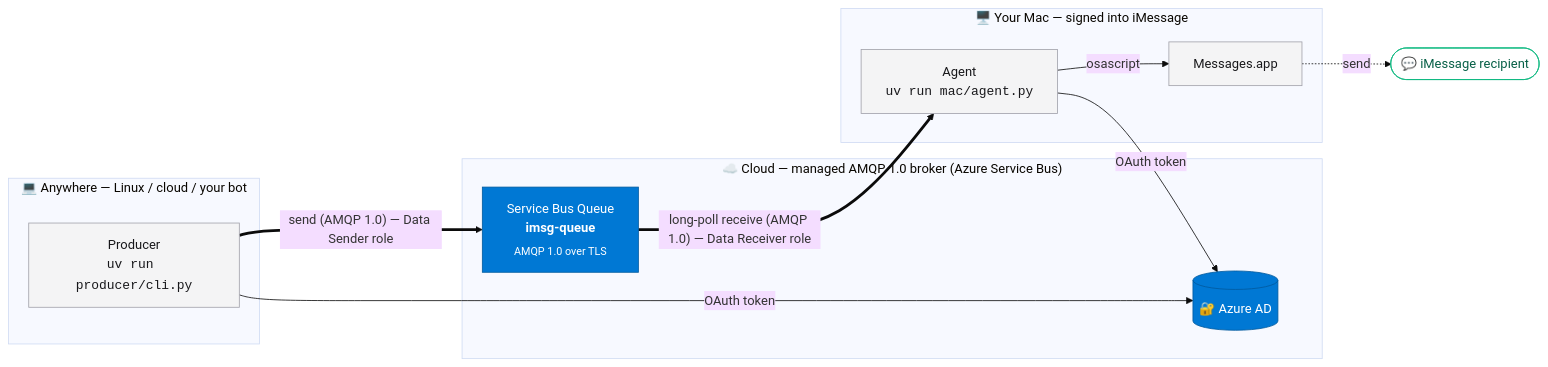
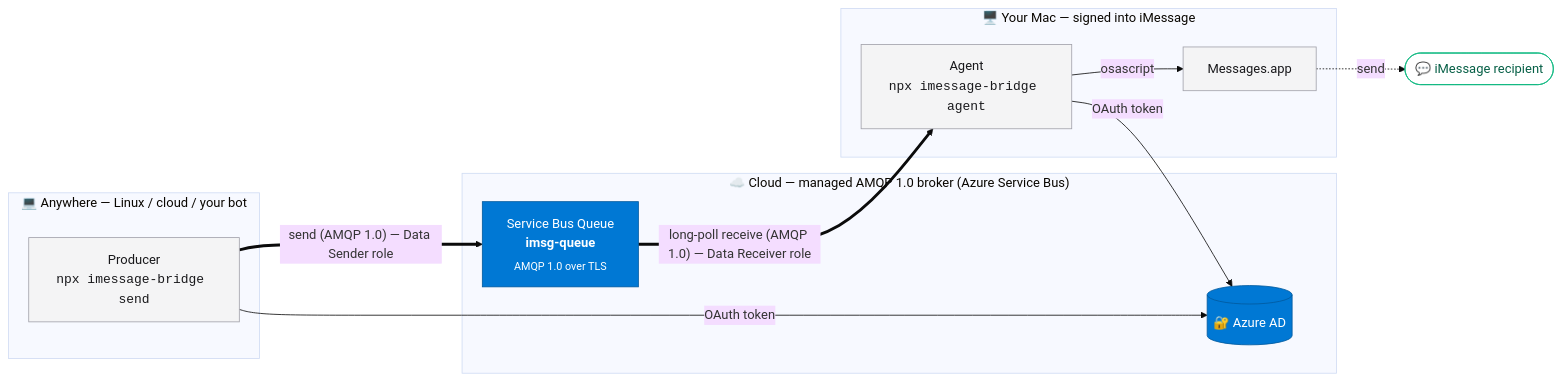
Before and after one commit to paulyuk/imessage-bridge: the first of 2 diagrams in README.md, drawn with Mermaid (base theme). The commit also changed other lines of this file and 15 other files, not shown here.

First line of the commit message:
docs(devrel): lead with npx imessage-bridge@alpha + ship Node port

````diff
--- a/README.md
+++ b/README.md
@@ -210,32 +201,32 @@
 ```mermaid
 flowchart LR
     subgraph anywhere["💻 Anywhere — Linux / cloud / your bot"]
-        P["Producer<br/><code>uv run producer/cli.py</code>"]
+        P["Producer<br/><code>npx imessage-bridge send</code>"]
     end
 
     subgraph azure["☁️ Cloud — managed AMQP 1.0 broker (Azure Service Bus)"]
         AAD[("🔐 Azure AD")]
         SB["Service Bus Queue<br/><b>imsg-queue</b><br/><sub>AMQP 1.0 over TLS</sub>"]
     end
 
     subgraph mac["🖥️ Your Mac — signed into iMessage"]
-        A["Agent<br/><code>uv run mac/agent.py</code>"]
+        A["Agent<br/><code>npx imessage-bridge agent</code>"]
         M["Messages.app"]
     end
 
     iMsg(["💬 iMessage recipient"])
 
     P -- "OAuth token" --> AAD
     A -- "OAuth token" --> AAD
     P == "send (AMQP 1.0) — Data Sender role" ==> SB
     SB == "long-poll receive (AMQP 1.0) — Data Receiver role" ==> A
     A -- "osascript" --> M
     M -. "send" .-> iMsg
 
     classDef az fill:#0078d4,stroke:#005a9e,color:#fff
     classDef host fill:#f4f4f5,stroke:#a1a1aa,color:#18181b
     classDef ext fill:#fff,stroke:#10b981,color:#065f46
     class SB,AAD az
     class P,A,M host
     class iMsg ext
 ```
````
